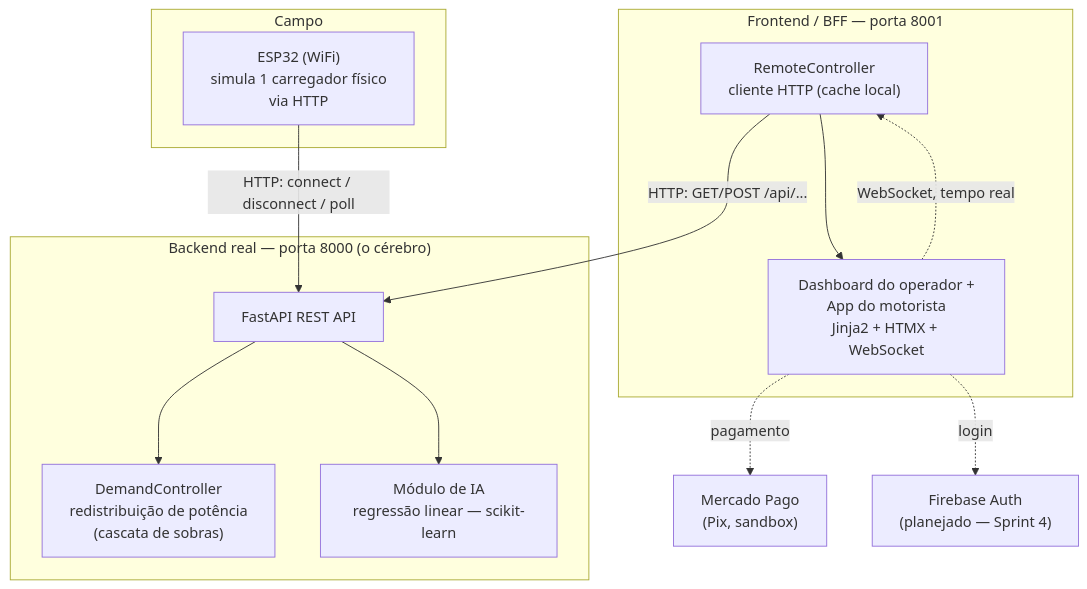
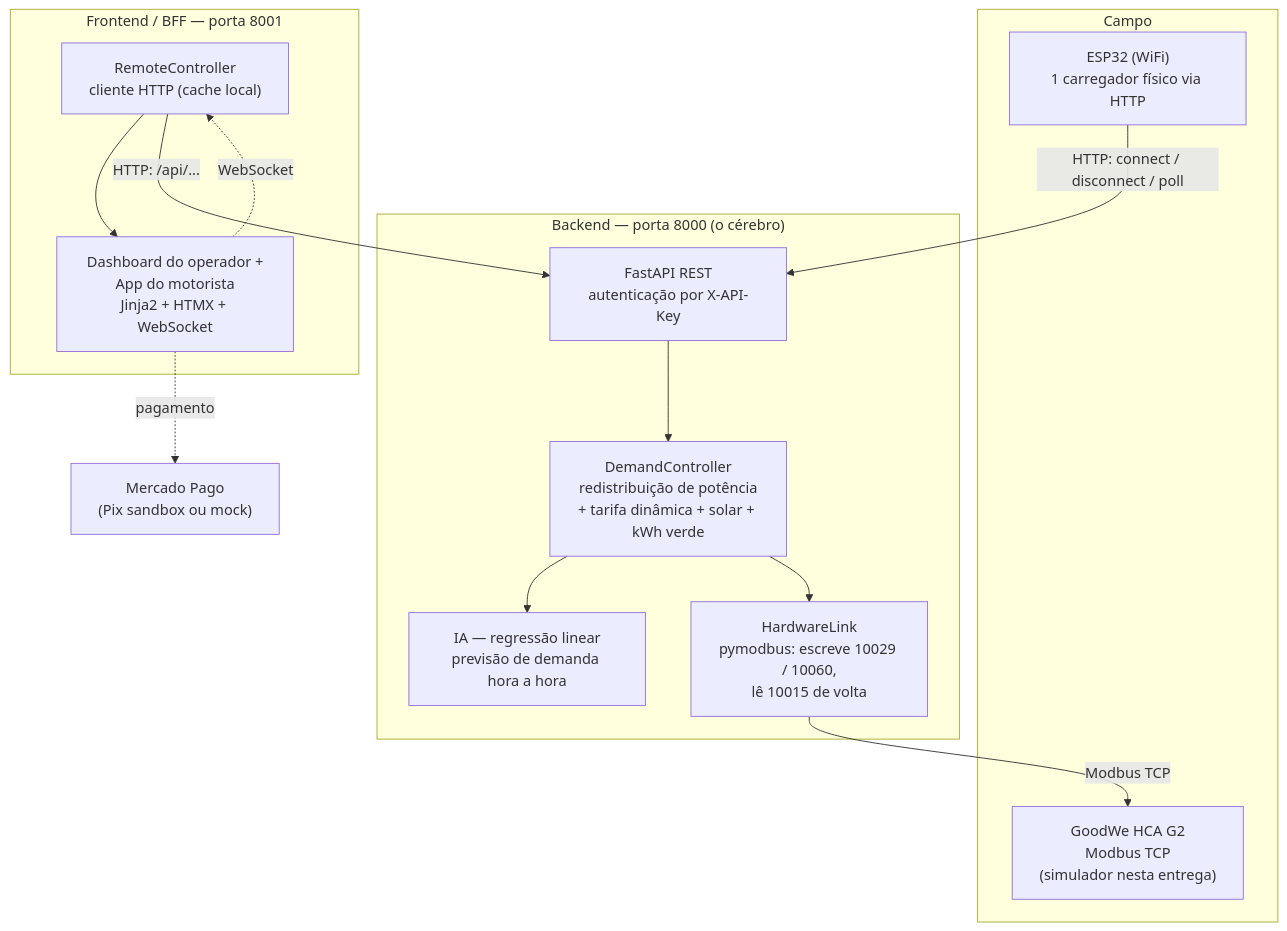
Before and after one commit to gabriela-angel/chargegrid_challenge: the first of 3 diagrams in README.md, drawn with Mermaid. The commit also changed other lines of this file and 73 other files, not shown here.

````diff
--- a/README.md
+++ b/README.md
@@ -91,29 +91,31 @@
 ```mermaid
 graph TB
     subgraph campo["Campo"]
-        ESP32["ESP32 (WiFi)<br/>simula 1 carregador físico<br/>via HTTP"]
+        ESP32["ESP32 (WiFi)<br/>1 carregador físico via HTTP"]
+        HCA["GoodWe HCA G2<br/>Modbus TCP<br/>(simulador nesta entrega)"]
     end
 
-    subgraph backend["Backend real — porta 8000 (o cérebro)"]
-        API["FastAPI REST API"]
-        DC["DemandController<br/>redistribuição de potência<br/>(cascata de sobras)"]
-        AI["Módulo de IA<br/>regressão linear — scikit-learn"]
+    subgraph backend["Backend — porta 8000 (o cérebro)"]
+        API["FastAPI REST<br/>autenticação por X-API-Key"]
+        DC["DemandController<br/>redistribuição de potência<br/>+ tarifa dinâmica + solar + kWh verde"]
+        AI["IA — regressão linear<br/>previsão de demanda hora a hora"]
+        HW["HardwareLink<br/>pymodbus: escreve 10029 / 10060,<br/>lê 10015 de volta"]
         API --> DC
-        API --> AI
+        DC --> AI
+        DC --> HW
     end
 
     subgraph frontend["Frontend / BFF — porta 8001"]
         RC["RemoteController<br/>cliente HTTP (cache local)"]
         WEB["Dashboard do operador +<br/>App do motorista<br/>Jinja2 + HTMX + WebSocket"]
         RC --> WEB
     end
 
-    MP["Mercado Pago<br/>(Pix, sandbox)"]
-    FB["Firebase Auth<br/>(planejado — Sprint 4)"]
+    MP["Mercado Pago<br/>(Pix sandbox ou mock)"]
 
     ESP32 -- "HTTP: connect / disconnect / poll" --> API
-    RC -- "HTTP: GET/POST /api/..." --> API
-    WEB -. "WebSocket, tempo real" .-> RC
+    HW -- "Modbus TCP" --> HCA
+    RC -- "HTTP: /api/..." --> API
+    WEB -. "WebSocket" .-> RC
     WEB -. "pagamento" .-> MP
-    WEB -. "login" .-> FB
 ```
````
